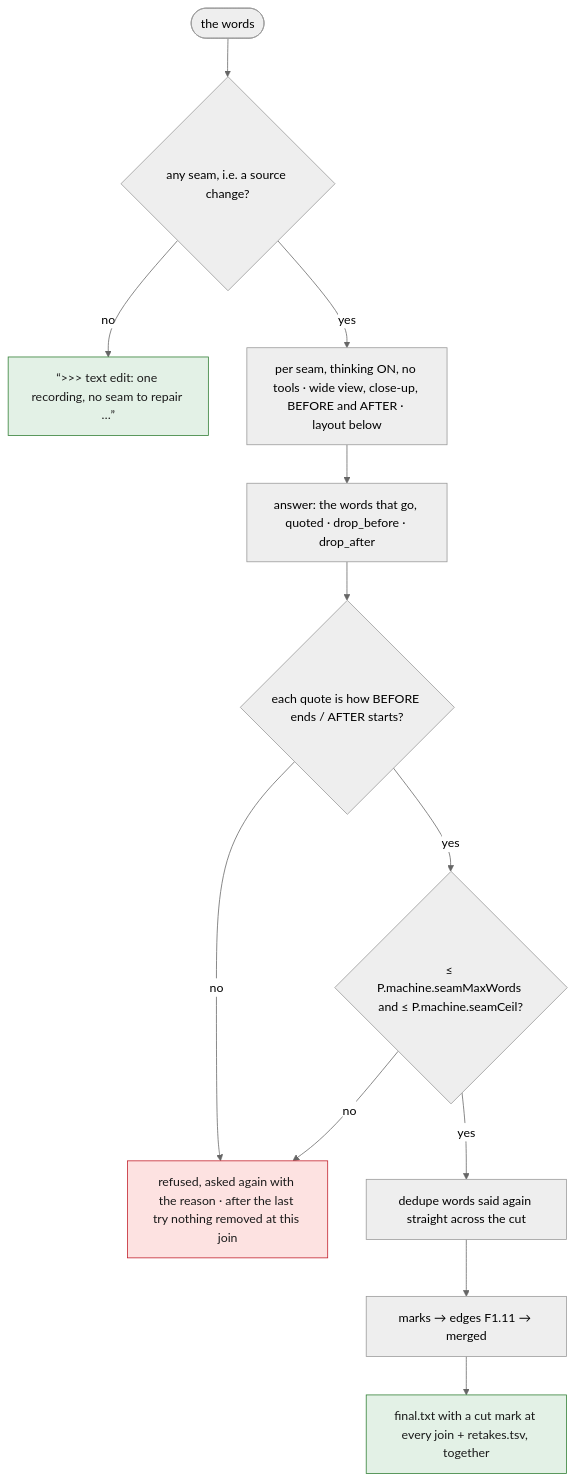
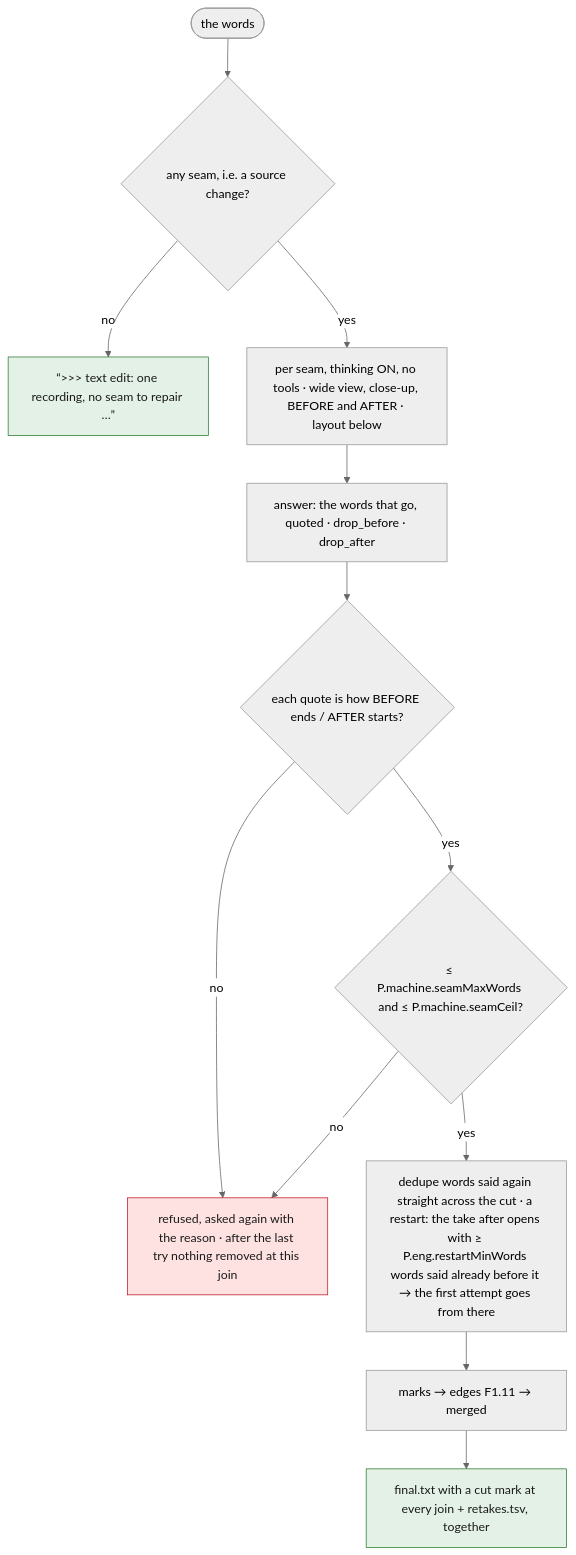
One commit to tbocek/naivepost changed the tenth of 12 diagrams in spec/04-prepare.md. Above: the diagram before and after it, drawn with Mermaid (neutral theme). The commit also changed other lines of this file and 79 other files, not shown here.

First line of the commit message:
Time words, joins and the render precisely enough to cut by

````diff
--- a/spec/04-prepare.md
+++ b/spec/04-prepare.md
@@ -297,17 +297,17 @@
 ```mermaid
 flowchart TD
   A(["the words"]) --> S{"any seam, i.e. a source change?"}
   S -- no --> ONE["“>>> text edit: one recording, no seam to repair …”"]:::done
   S -- yes --> PER["per seam, thinking ON, no tools · wide view, close-up, BEFORE and AFTER · layout below"]
   PER --> T["answer: the words that go, quoted · drop_before · drop_after"]
   T --> ST{"each quote is how BEFORE ends / AFTER starts?"}
   ST -- no --> R1["refused, asked again with the reason · after the last try nothing removed at this join"]:::refuse
   ST -- yes --> MAX{"≤ P.machine.seamMaxWords and ≤ P.machine.seamCeil?"}
   MAX -- no --> R1
-  MAX -- yes --> DD["dedupe words said again straight across the cut"]
+  MAX -- yes --> DD["dedupe words said again straight across the cut · a restart: the take after opens with ≥ P.eng.restartMinWords words said already before it → the first attempt goes from there"]
   DD --> MK["marks → edges F1.11 → merged"]
   MK --> OUT["final.txt with a cut mark at every join + retakes.tsv, together"]:::done
   classDef refuse fill:#fde2e1,stroke:#c01c28,color:#1a1a1a
   classDef done fill:#e3f1e6,stroke:#2e7d32,color:#1a1a1a
   classDef ask fill:#e8eefc,stroke:#3a63c8,color:#1a1a1a
 ```
````
